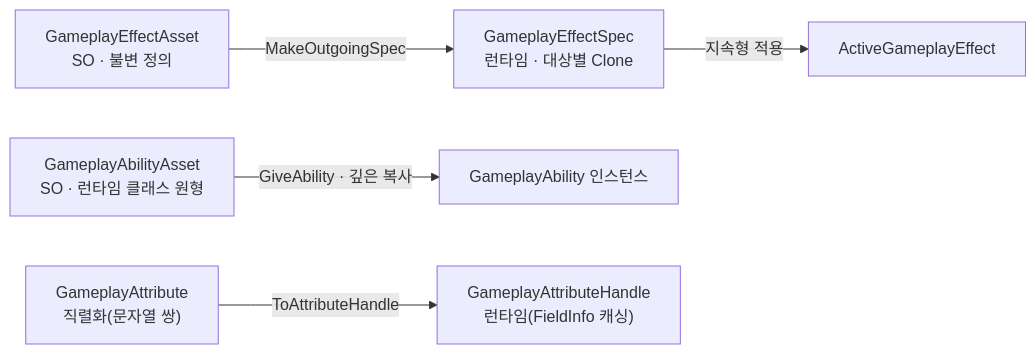
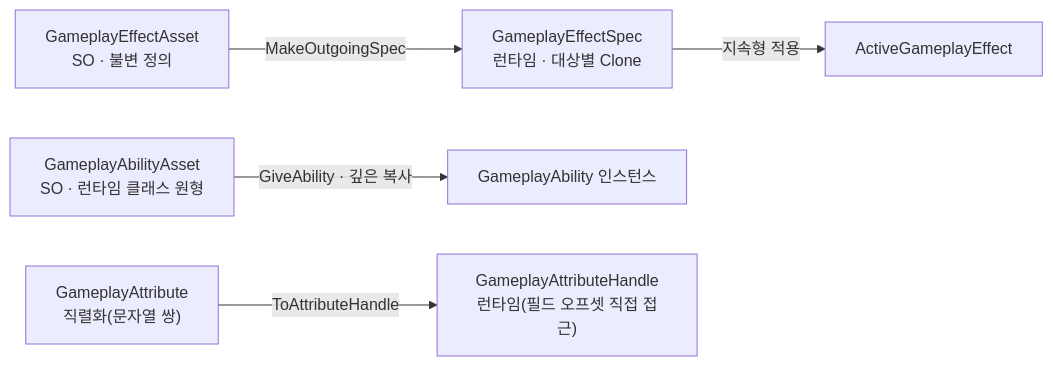
One commit to hanaaple/AbilitySystem-For-Unity changed the second of 3 diagrams in dev-docs/project/architecture/ability-system/overview.md. Above: the diagram before and after it, drawn with Mermaid. The commit also changed other lines of this file and 18 other files, not shown here.

First line of the commit message:
feat(attribute): GameplayAttributeHandle 필드 오프셋 직접 접근

````diff
--- a/dev-docs/project/architecture/ability-system/overview.md
+++ b/dev-docs/project/architecture/ability-system/overview.md
@@ -35,7 +35,7 @@
 ```mermaid
 flowchart LR
     GEA["GameplayEffectAsset<br/>SO · 불변 정의"] -->|MakeOutgoingSpec| SPEC["GameplayEffectSpec<br/>런타임 · 대상별 Clone"]
     SPEC -->|지속형 적용| AGE2["ActiveGameplayEffect"]
     GAA["GameplayAbilityAsset<br/>SO · 런타임 클래스 원형"] -->|GiveAbility · 깊은 복사| GA["GameplayAbility 인스턴스"]
-    ATTR["GameplayAttribute<br/>직렬화(문자열 쌍)"] -->|ToAttributeHandle| HANDLE["GameplayAttributeHandle<br/>런타임(FieldInfo 캐싱)"]
+    ATTR["GameplayAttribute<br/>직렬화(문자열 쌍)"] -->|ToAttributeHandle| HANDLE["GameplayAttributeHandle<br/>런타임(필드 오프셋 직접 접근)"]
 ```
````
